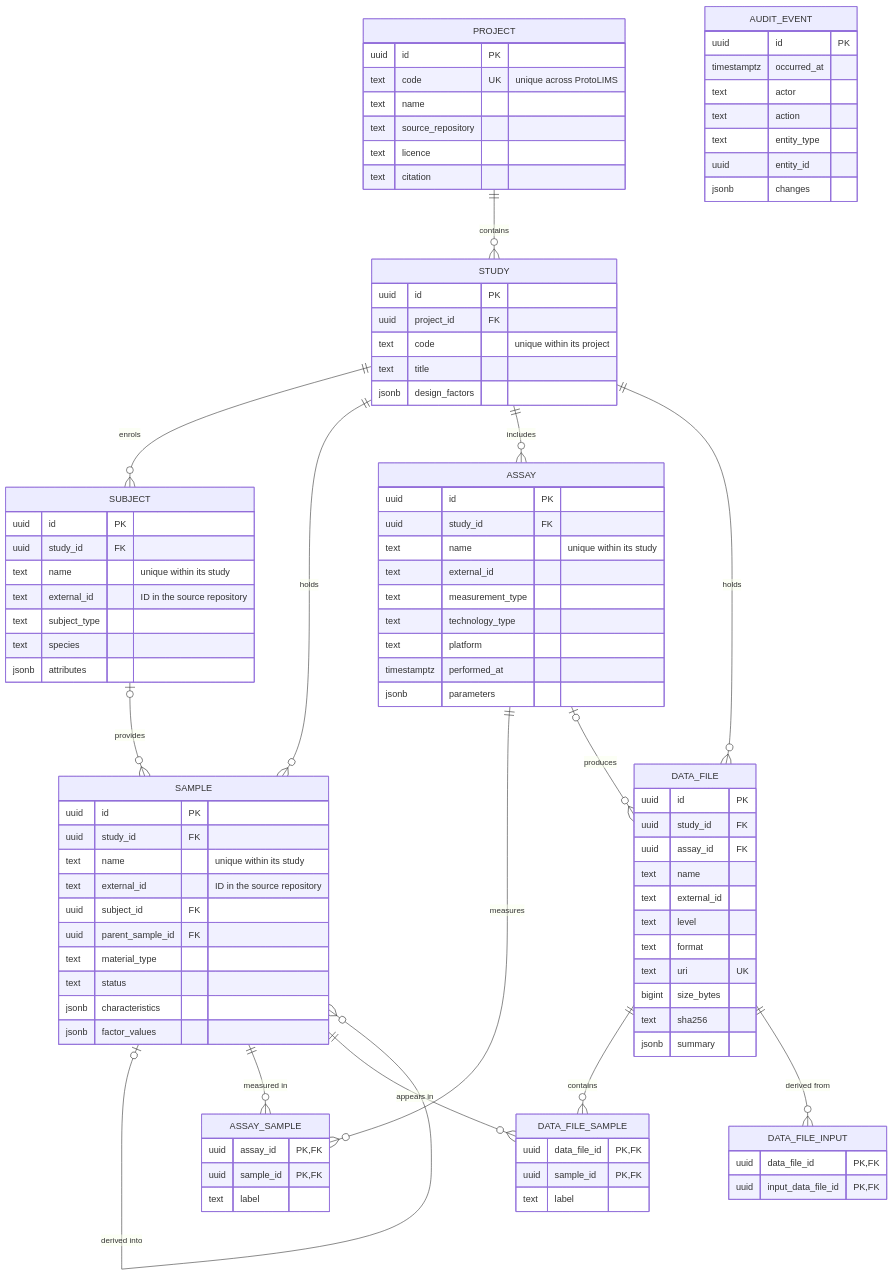
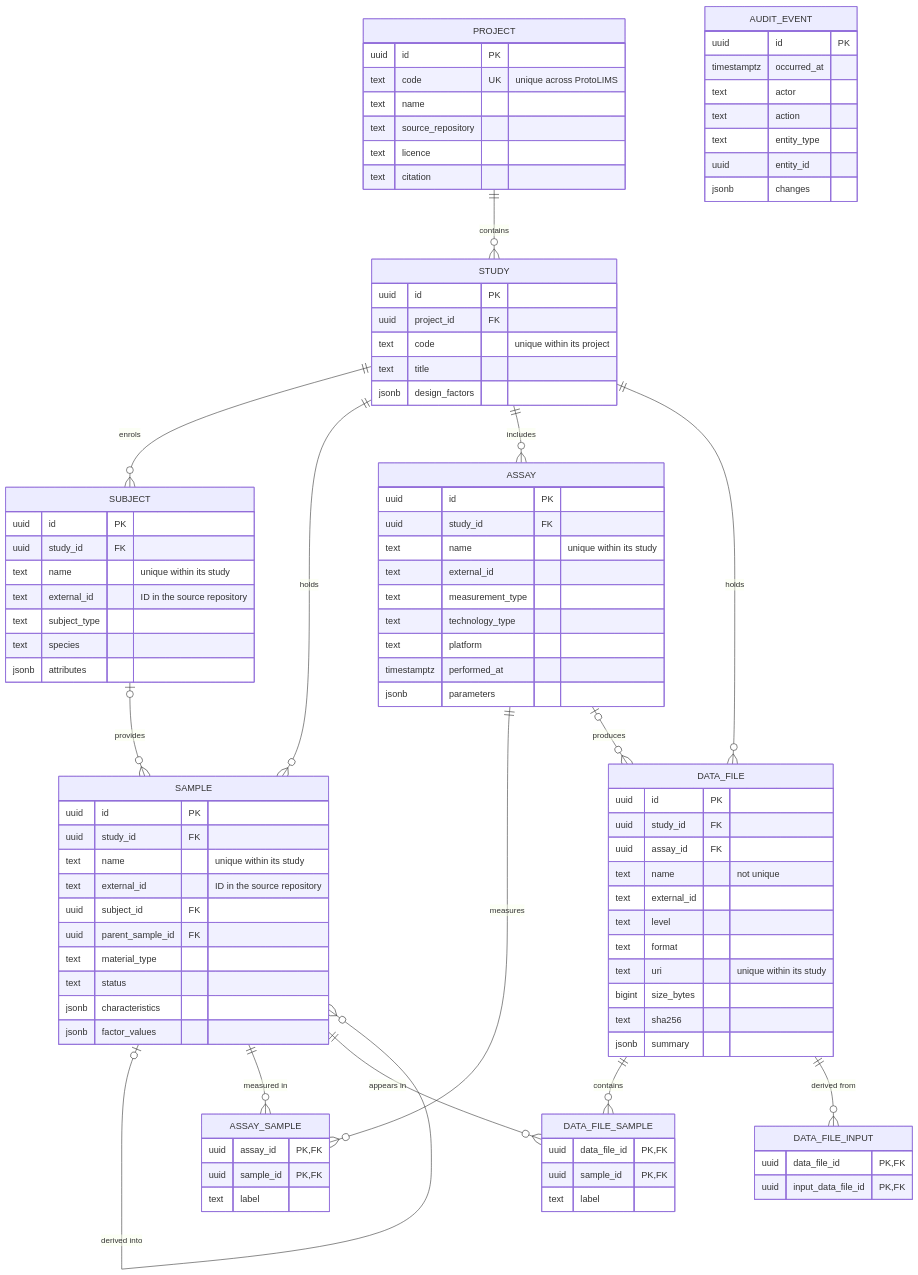
Before and after one commit to leehart3000/protolims: the diagram in docs/data-model.md, drawn with Mermaid. The commit also changed other lines of this file, not shown here.

```diff
--- a/docs/data-model.md
+++ b/docs/data-model.md
@@ -89,11 +89,11 @@
         uuid id PK
         uuid study_id FK
         uuid assay_id FK
-        text name
+        text name "not unique"
         text external_id
         text level
         text format
-        text uri UK
+        text uri "unique within its study"
         bigint size_bytes
         text sha256
         jsonb summary
```
